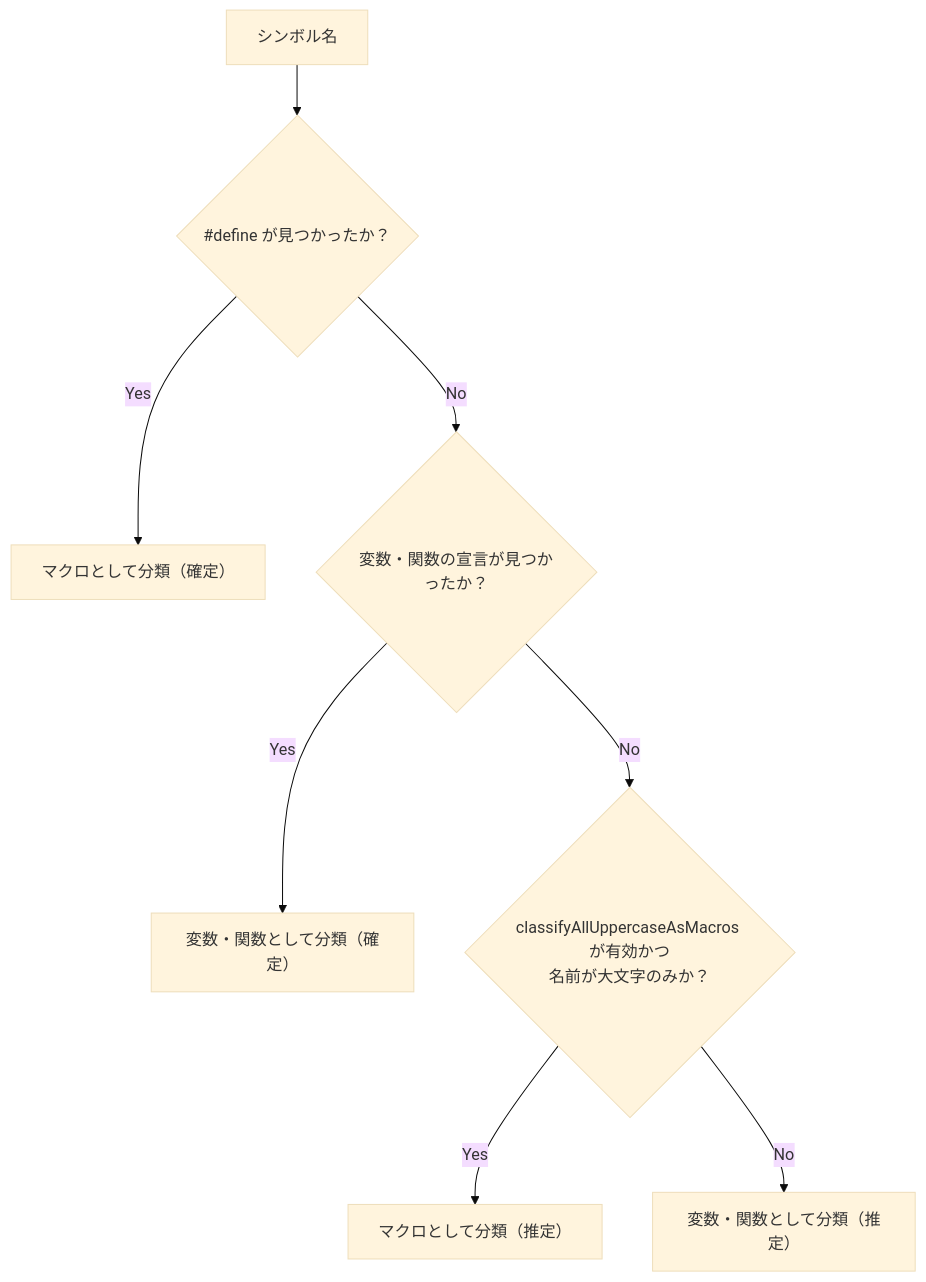
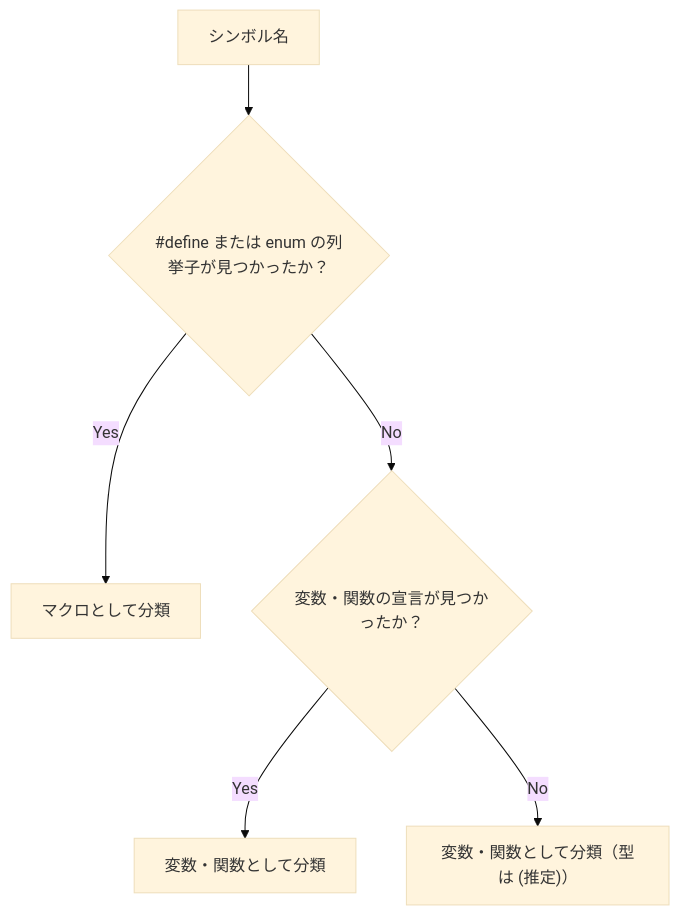
Before and after one commit to 7QgvhP/c-function-analyzer: the sixth of 6 diagrams in docs/architecture.md, drawn with Mermaid (base theme). The commit also changed other lines of this file and 14 other files, not shown here.

````diff
--- a/docs/architecture.md
+++ b/docs/architecture.md
@@ -781,10 +777,8 @@
 ```mermaid
 flowchart TD
-    A["シンボル名"] --> B{"#define が見つかったか？"}
-    B -->|Yes| M["マクロとして分類（確定）"]
+    A["シンボル名"] --> B{"#define または enum の列挙子が見つかったか？"}
+    B -->|Yes| M["マクロとして分類"]
     B -->|No| C{"変数・関数の宣言が見つかったか？"}
-    C -->|Yes| V["変数・関数として分類（確定）"]
-    C -->|No| D{"classifyAllUppercaseAsMacros が有効かつ<br/>名前が大文字のみか？"}
-    D -->|Yes| M2["マクロとして分類（推定）"]
-    D -->|No| V2["変数・関数として分類（推定）"]
+    C -->|Yes| V["変数・関数として分類"]
+    C -->|No| V2["変数・関数として分類（型は (推定)）"]
 ```
````
